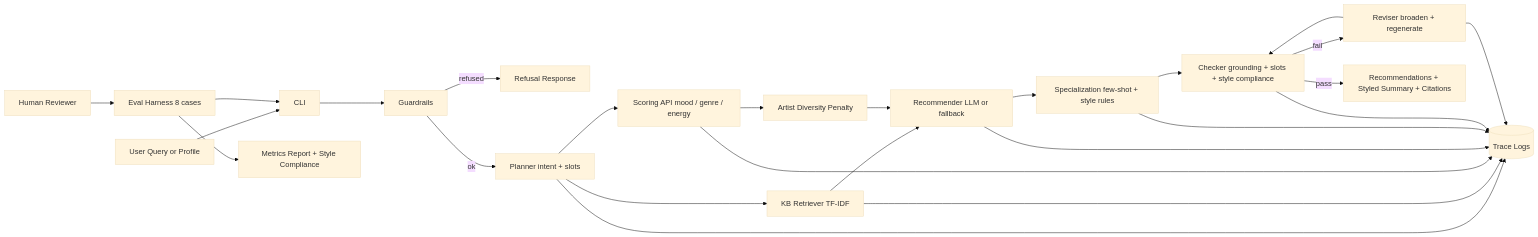
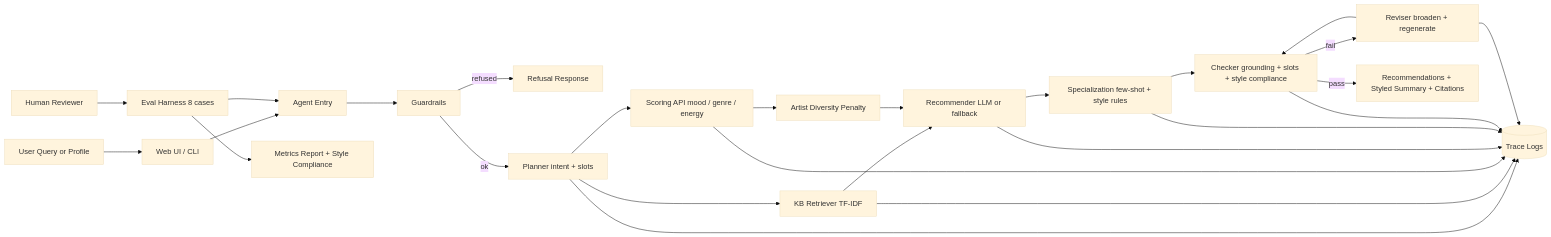
The diagram in README.md (praisemanz/applied-ai-system-project), drawn with Mermaid (base theme) before and after one commit. The commit also changed other lines of this file and 4 other files, not shown here.

````diff
--- a/README.md
+++ b/README.md
@@ -40,29 +41,30 @@
 ```mermaid
 flowchart LR
-    U[User Query or Profile] --> C[CLI]
+    U[User Query or Profile] --> UI[Web UI / CLI]
+    UI --> C[Agent Entry]
     C --> G1[Guardrails]
     G1 -->|refused| O1[Refusal Response]
     G1 -->|ok| P[Planner intent + slots]
     P --> R1[KB Retriever TF-IDF]
     P --> R2[Scoring API mood / genre / energy]
     R2 --> AP[Artist Diversity Penalty]
     R1 --> D[Recommender LLM or fallback]
     AP --> D
     D --> S[Specialization few-shot + style rules]
     S --> K[Checker grounding + slots + style compliance]
     K -->|fail| V[Reviser broaden + regenerate]
     V --> K
     K -->|pass| O2[Recommendations + Styled Summary + Citations]
 
     P --> L[(Trace Logs)]
     R1 --> L
     R2 --> L
     D --> L
     S --> L
     K --> L
     V --> L
 
     T[Eval Harness 8 cases] --> C
     H[Human Reviewer] --> T
     T --> M[Metrics Report + Style Compliance]
 ```
````
